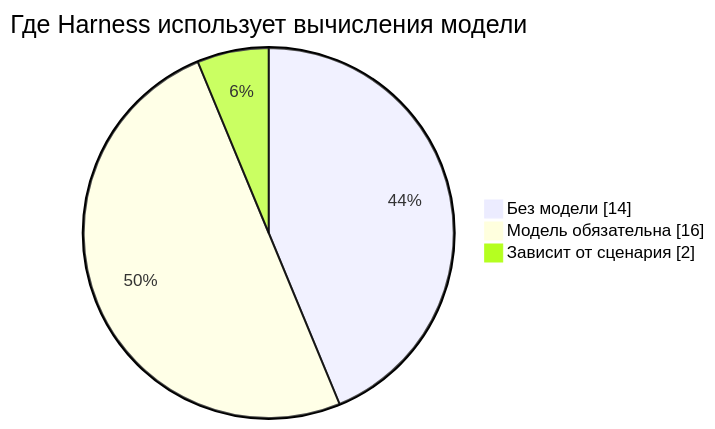
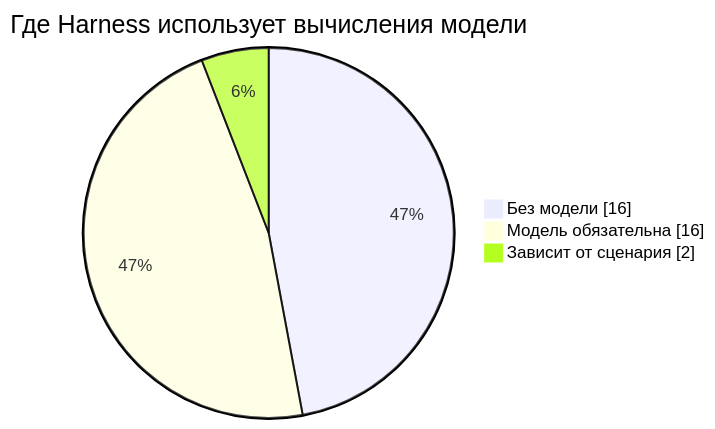
Before and after one commit to ai-development-harness/ai-development-harness-template: the first of 2 diagrams in .harness/docs/REASONING_BOUNDARIES.md, drawn with Mermaid. The commit also changed other lines of this file and 18 other files, not shown here.

````diff
--- a/.harness/docs/REASONING_BOUNDARIES.md
+++ b/.harness/docs/REASONING_BOUNDARIES.md
@@ -32,7 +32,7 @@
 ```mermaid
 pie showData
     title Где Harness использует вычисления модели
-    "Без модели" : 14
+    "Без модели" : 16
     "Модель обязательна" : 16
     "Зависит от сценария" : 2
 ```
````
